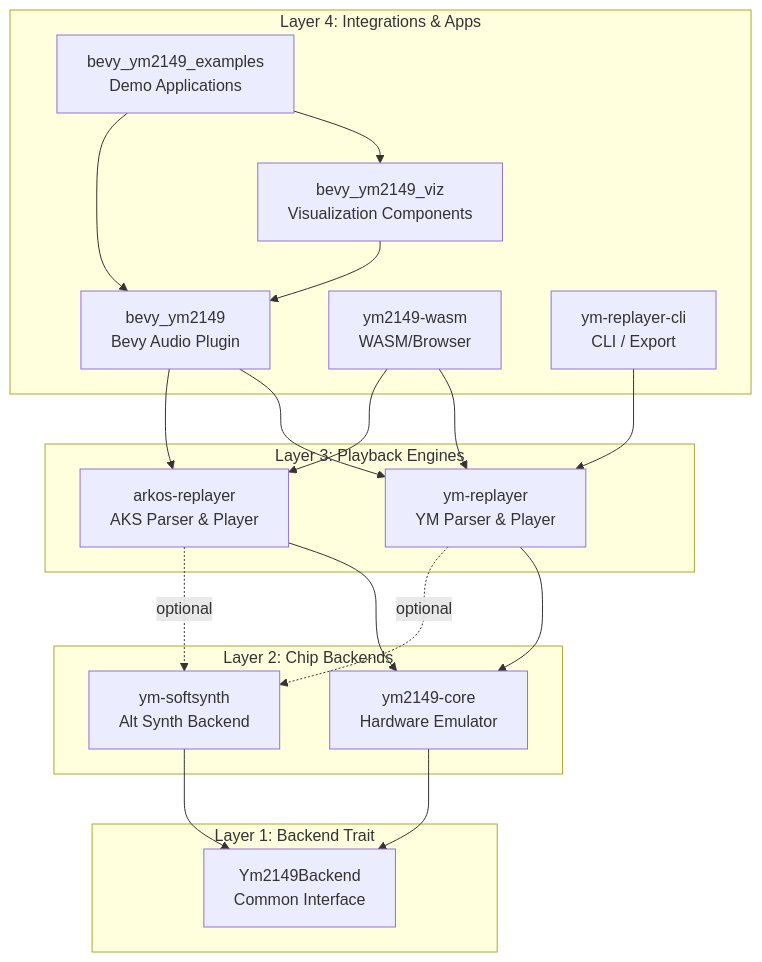
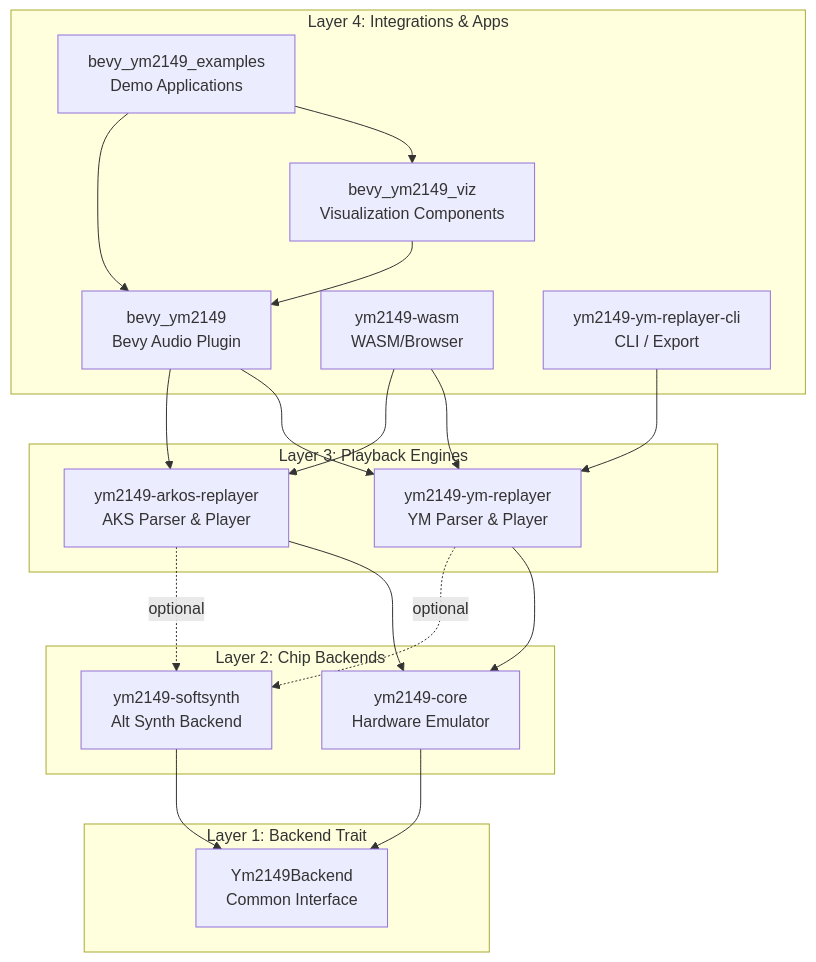
Before and after one commit to slippyex/ym2149-rs: the first of 4 diagrams in ARCHITECTURE.md, drawn with Mermaid. The commit also changed other lines of this file and 81 other files, not shown here.

````diff
--- a/ARCHITECTURE.md
+++ b/ARCHITECTURE.md
@@ -11,39 +11,39 @@
 ```mermaid
 graph TB
     subgraph "Layer 4: Integrations & Apps"
         BEVY_EX["bevy_ym2149_examples<br/>Demo Applications"]
         BEVY_VIZ["bevy_ym2149_viz<br/>Visualization Components"]
         BEVY["bevy_ym2149<br/>Bevy Audio Plugin"]
         WASM["ym2149-wasm<br/>WASM/Browser"]
-        CLI["ym-replayer-cli<br/>CLI / Export"]
+        CLI["ym2149-ym-replayer-cli<br/>CLI / Export"]
     end
 
     subgraph "Layer 3: Playback Engines"
-        REPLAYER["ym-replayer<br/>YM Parser & Player"]
-        ARKOS["arkos-replayer<br/>AKS Parser & Player"]
+        REPLAYER["ym2149-ym-replayer<br/>YM Parser & Player"]
+        ARKOS["ym2149-arkos-replayer<br/>AKS Parser & Player"]
     end
 
     subgraph "Layer 2: Chip Backends"
         YM2149["ym2149-core<br/>Hardware Emulator"]
-        SOFTSYNTH["ym-softsynth<br/>Alt Synth Backend"]
+        SOFTSYNTH["ym2149-softsynth<br/>Alt Synth Backend"]
     end
 
     subgraph "Layer 1: Backend Trait"
         TRAIT["Ym2149Backend<br/>Common Interface"]
     end
 
     BEVY_EX --> BEVY_VIZ
     BEVY_EX --> BEVY
     BEVY_VIZ --> BEVY
     BEVY --> REPLAYER
     BEVY --> ARKOS
     WASM --> REPLAYER
     WASM --> ARKOS
     CLI --> REPLAYER
     REPLAYER --> YM2149
     REPLAYER -.optional.-> SOFTSYNTH
     ARKOS --> YM2149
     ARKOS -.optional.-> SOFTSYNTH
     YM2149 --> TRAIT
     SOFTSYNTH --> TRAIT
 ```
````
